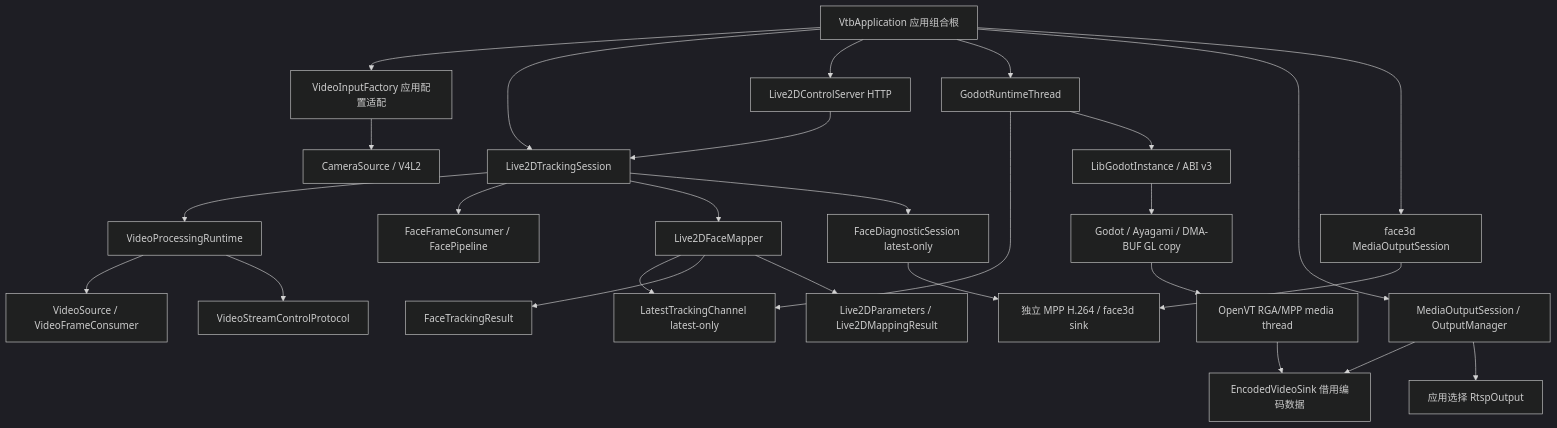
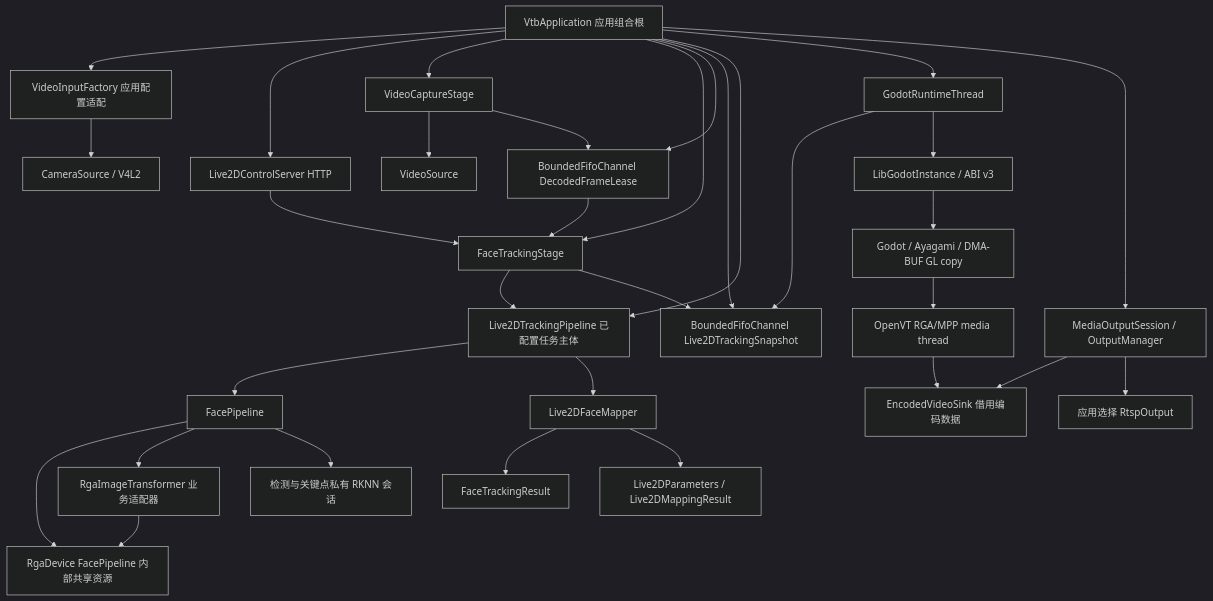
The diagram in docs/module-boundaries.md (ytnxneydhsx/VTB), drawn with Mermaid (dark theme) before and after one commit. The commit also changed other lines of this file and 67 other files, not shown here.

Commit message:
refactor: split Live2D pipeline resource stages

````diff
--- a/docs/module-boundaries.md
+++ b/docs/module-boundaries.md
@@ -17,29 +17,34 @@
 ```mermaid
 flowchart TB
     App[VtbApplication 应用组合根] --> Factory[VideoInputFactory 应用配置适配]
     Factory --> Capture[CameraSource / V4L2]
-    App --> Session[Live2DTrackingSession]
     App --> Control[Live2DControlServer HTTP]
-    Control --> Session
-    Session --> Runtime[VideoProcessingRuntime]
-    Runtime --> Video[VideoSource / VideoFrameConsumer]
-    Runtime --> StreamProtocol[VideoStreamControlProtocol]
-    Session --> Face[FaceFrameConsumer / FacePipeline]
-    Session --> Mapper[Live2DFaceMapper]
-    Mapper --> TrackingChannel[LatestTrackingChannel latest-only]
+    App --> CaptureStage[VideoCaptureStage]
+    App --> FaceStage[FaceTrackingStage]
+    App --> FrameChannel[BoundedFifoChannel DecodedFrameLease]
+    App --> TrackingChannel[BoundedFifoChannel Live2DTrackingSnapshot]
+    Control --> FaceStage
+    CaptureStage --> Video[VideoSource]
+    CaptureStage --> FrameChannel
+    FrameChannel --> FaceStage
+    App --> TrackingPipeline[Live2DTrackingPipeline 已配置任务主体]
+    FaceStage --> TrackingPipeline
+    TrackingPipeline --> Face[FacePipeline]
+    Face --> RgaDevice[RgaDevice FacePipeline 内部共享资源]
+    Face --> RgaAdapter[RgaImageTransformer 业务适配器]
+    RgaAdapter --> RgaDevice
+    Face --> RknnSessions[检测与关键点私有 RKNN 会话]
+    TrackingPipeline --> Mapper[Live2DFaceMapper]
+    FaceStage --> TrackingChannel
     Mapper --> FaceData[FaceTrackingResult]
-    Session --> Diagnostic[FaceDiagnosticSession latest-only]
-    Diagnostic --> DiagnosticSink[独立 MPP H.264 / face3d sink]
     Mapper --> Values[Live2DParameters / Live2DMappingResult]
     App --> GodotThread[GodotRuntimeThread]
     GodotThread --> TrackingChannel
     GodotThread --> Godot[LibGodotInstance / ABI v3]
     Godot --> Render[Godot / Ayagami / DMA-BUF GL copy]
     Render --> Media[OpenVT RGA/MPP media thread]
     Media --> Sink[EncodedVideoSink 借用编码数据]
     App --> Output[MediaOutputSession / OutputManager]
     Output --> Sink
-    App --> DiagnosticOutput[face3d MediaOutputSession]
-    DiagnosticOutput --> DiagnosticSink
     Output --> Protocol[应用选择 RtspOutput]
 ```
````
